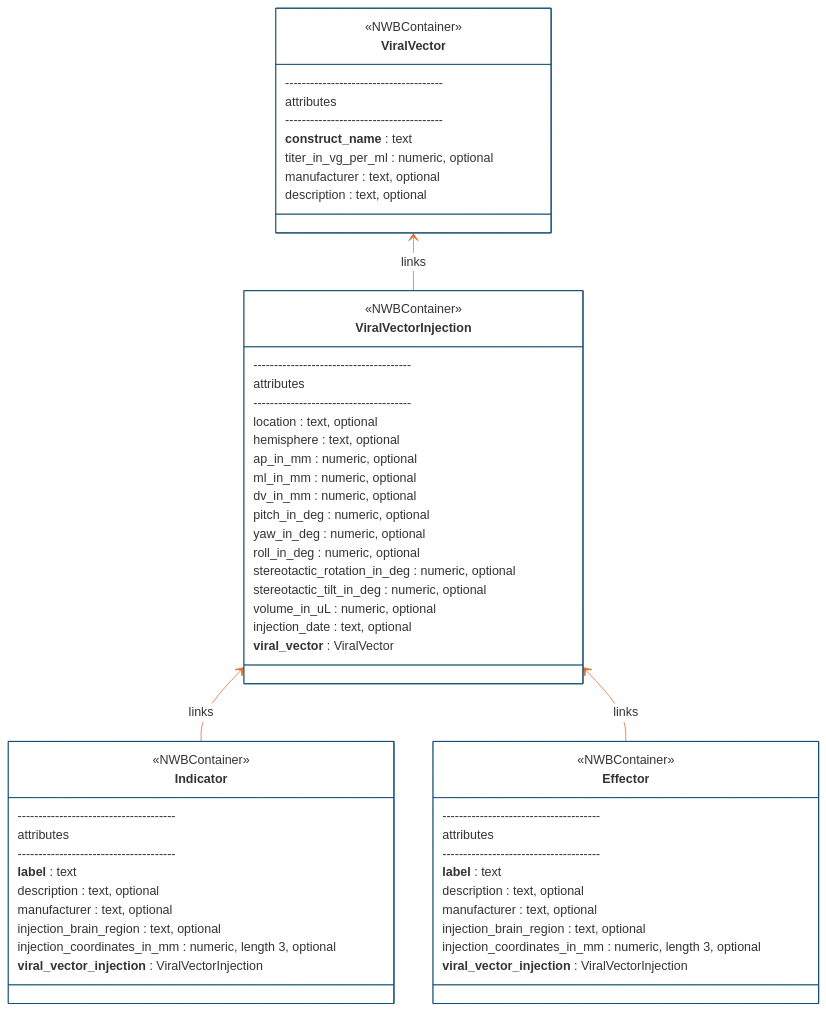
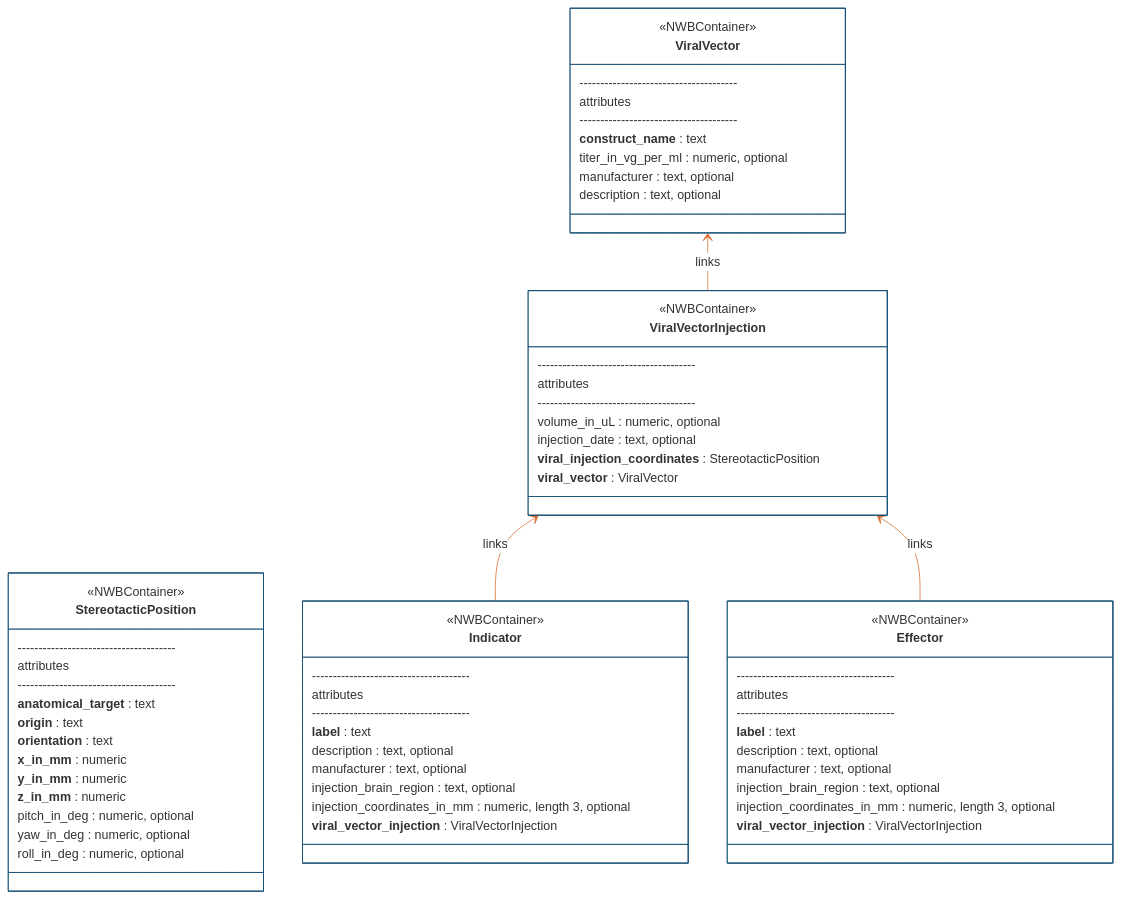
One commit to catalystneuro/ndx-ophys-devices changed the first of 4 diagrams in README.md. Above: the diagram before and after it, drawn with Mermaid. The commit also changed other lines of this file and 3 other files, not shown here.

````diff
--- a/README.md
+++ b/README.md
@@ -327,61 +330,67 @@
 ```mermaid
 %%{init: {'theme': 'base', 'themeVariables': {'primaryColor': '#ffffff', 'primaryBorderColor': '#144E73', 'lineColor': '#D96F32'}}}%%
 classDiagram
     direction BT
     class ViralVector {
         <<NWBContainer>>
         --------------------------------------
         attributes
         --------------------------------------
         **construct_name** : text
         titer_in_vg_per_ml : numeric, optional
         manufacturer : text, optional
         description : text, optional
     }
+    class StereotacticPosition {
+        <<NWBContainer>>
+        --------------------------------------
+        attributes
+        --------------------------------------
+        **anatomical_target** : text
+        **origin** : text
+        **orientation** : text
+        **x_in_mm** : numeric
+        **y_in_mm** : numeric
+        **z_in_mm** : numeric
+        pitch_in_deg : numeric, optional
+        yaw_in_deg : numeric, optional
+        roll_in_deg : numeric, optional
+    }
     class ViralVectorInjection {
         <<NWBContainer>>
         --------------------------------------
         attributes
         --------------------------------------
-        location : text, optional
-        hemisphere : text, optional
-        ap_in_mm : numeric, optional
-        ml_in_mm : numeric, optional
-        dv_in_mm : numeric, optional
-        pitch_in_deg : numeric, optional
-        yaw_in_deg : numeric, optional
-        roll_in_deg : numeric, optional
-        stereotactic_rotation_in_deg : numeric, optional
-        stereotactic_tilt_in_deg : numeric, optional
         volume_in_uL : numeric, optional
         injection_date : text, optional
+        **viral_injection_coordinates** : StereotacticPosition
         **viral_vector** : ViralVector
         }
     class Indicator {
         <<NWBContainer>>
         --------------------------------------
         attributes
         --------------------------------------
         **label** : text
         description : text, optional
         manufacturer : text, optional
         injection_brain_region : text, optional
         injection_coordinates_in_mm : numeric, length 3, optional
         **viral_vector_injection** : ViralVectorInjection
     }
     class Effector {
         <<NWBContainer>>
         --------------------------------------
         attributes
         --------------------------------------
         **label** : text
         description : text, optional
         manufacturer : text, optional
         injection_brain_region : text, optional
         injection_coordinates_in_mm : numeric, length 3, optional
         **viral_vector_injection** : ViralVectorInjection
     }
     Indicator --> ViralVectorInjection : links
     Effector --> ViralVectorInjection : links
     ViralVectorInjection --> ViralVector : links
 ```
````
